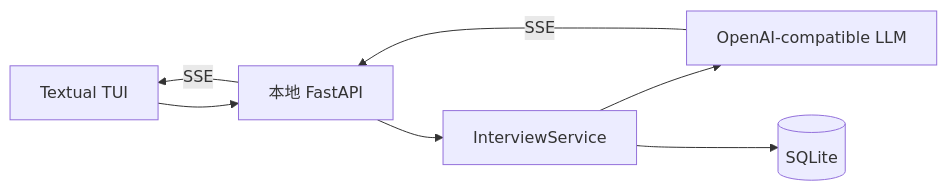
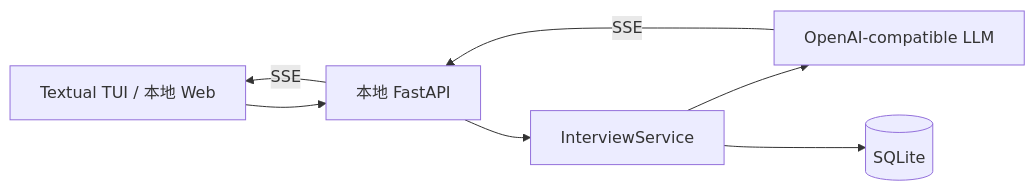
The diagram in README.md (byueng/interview-simulator), drawn with Mermaid before and after one commit. The commit also changed other lines of this file and 44 other files, not shown here.

````diff
--- a/README.md
+++ b/README.md
@@ -17,9 +19,9 @@
 ```mermaid
 flowchart LR
-    A[Textual TUI] --> B[本地 FastAPI]
+    A[Textual TUI / 本地 Web] --> B[本地 FastAPI]
     B --> C[InterviewService]
     C --> D[OpenAI-compatible LLM]
     C --> E[(SQLite)]
     D -->|SSE| B
     B -->|SSE| A
 ```
````
